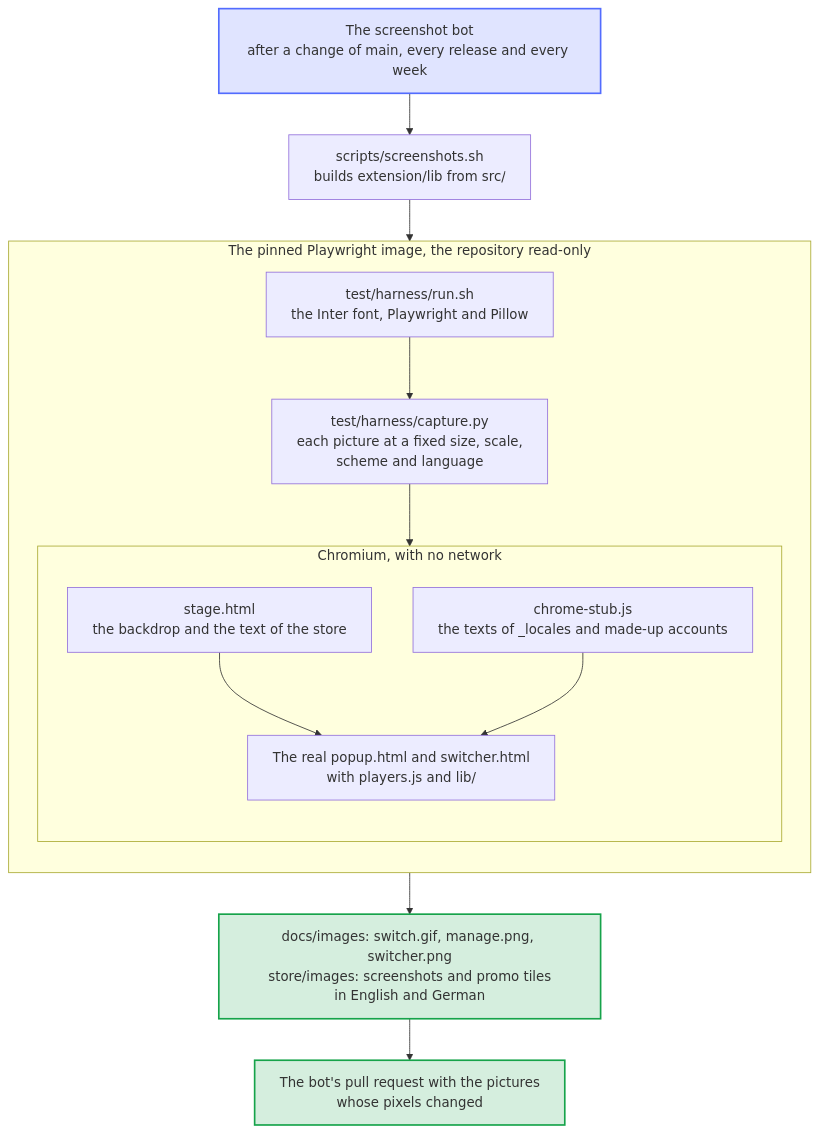
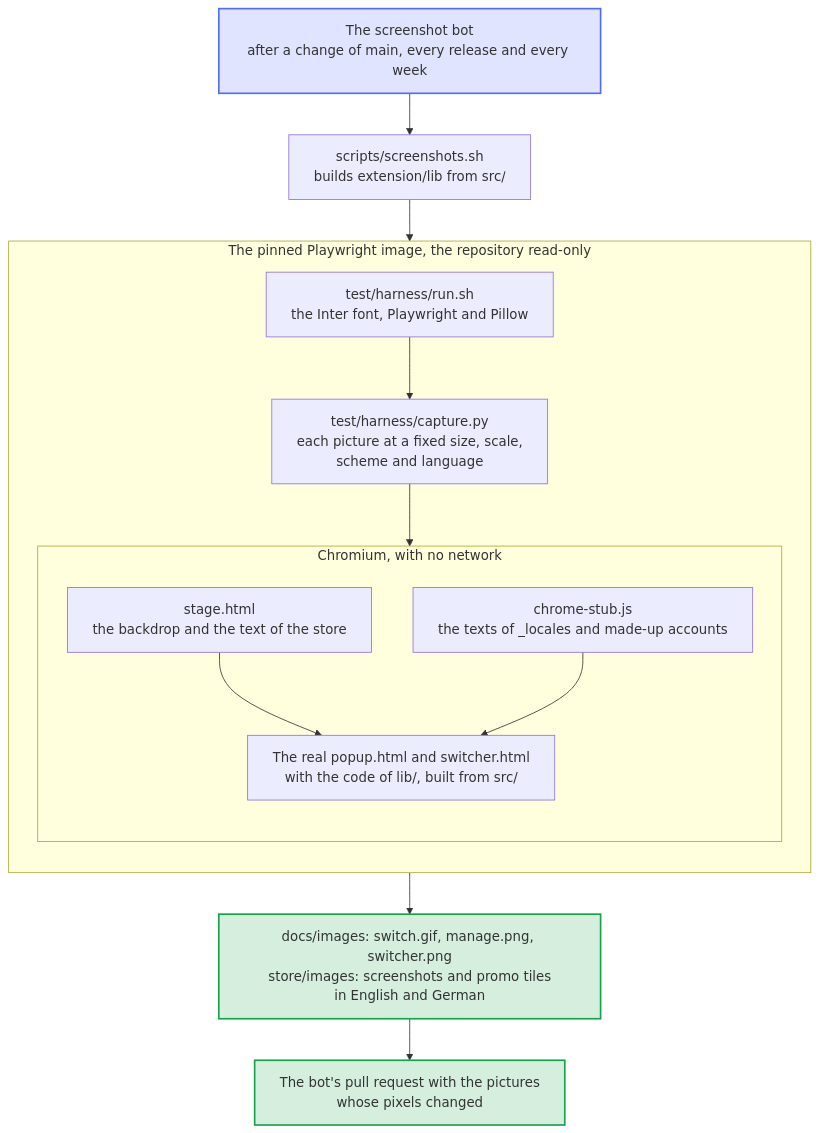
Before and after one commit to Dennis-Otto/player-switch-for-autodarts: the diagram in docs/diagrams/how-the-pictures-are-made.mmd, drawn with Mermaid. The commit also changed 64 other files, not shown here.

```diff
--- a/docs/diagrams/how-the-pictures-are-made.mmd
+++ b/docs/diagrams/how-the-pictures-are-made.mmd
@@ -1,37 +1,37 @@
 ---
 config:
   flowchart:
     wrappingWidth: 400
 ---
 flowchart TB
     accTitle: How the pictures are made
     accDescr: scripts/screenshots.sh builds the extension and starts the pinned Playwright image with the repository read-only. Inside, run.sh installs the Inter font and the tools, and capture.py opens the stage in Chromium. The stage shows the real popup or switcher of the extension in a frame, with a stand-in for Chrome and made-up accounts; every file comes from the repository and no request leaves the browser. capture.py takes each picture at a fixed size, scale, scheme and language and writes the GIF, and the pictures leave the container as an archive, into docs/images and store/images. After a change of main, every release and every week, the screenshot bot runs the script and opens a pull request with the pictures whose pixels changed.
 
     bot["The screenshot bot<br>after a change of main, every release and every week"]
     script["scripts/screenshots.sh<br>builds extension/lib from src/"]
     bot --> script
 
     subgraph image ["The pinned Playwright image, the repository read-only"]
         direction TB
         run["test/harness/run.sh<br>the Inter font, Playwright and Pillow"]
         capture["test/harness/capture.py<br>each picture at a fixed size, scale,<br>scheme and language"]
         run --> capture
         subgraph browser ["Chromium, with no network"]
             direction TB
             stage["stage.html<br>the backdrop and the text of the store"]
             stub["chrome-stub.js<br>the texts of _locales and made-up accounts"]
-            pages["The real popup.html and switcher.html<br>with players.js and lib/"]
+            pages["The real popup.html and switcher.html<br>with the code of lib/, built from src/"]
             stage --> pages
             stub --> pages
         end
         capture --> stage
     end
 
     script --> run
     pages --> pictures["docs/images: switch.gif, manage.png, switcher.png<br>store/images: screenshots and promo tiles<br>in English and German"]
     pictures --> pull["The bot's pull request with the pictures<br>whose pixels changed"]
 
     classDef bot fill:#526cfe2e,stroke:#526cfe,stroke-width:2px
     classDef done fill:#16a34a2e,stroke:#16a34a,stroke-width:2px
     class bot bot
     class pictures,pull done
```
